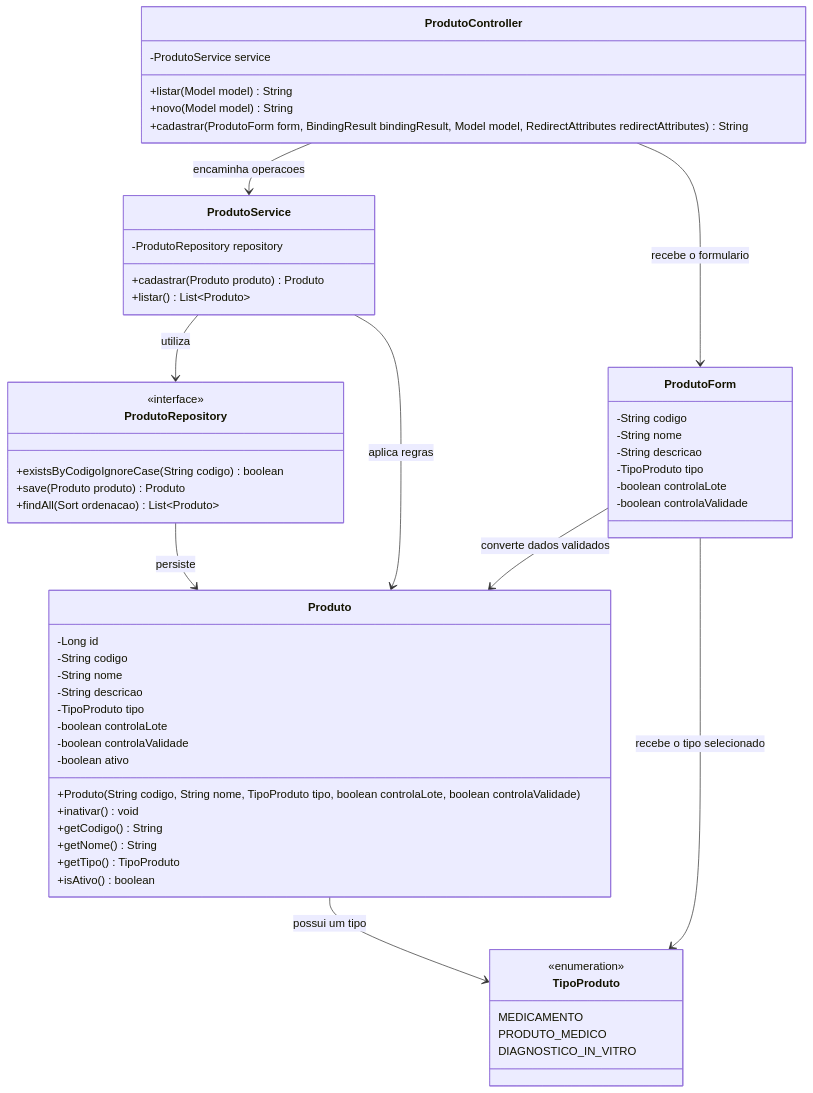
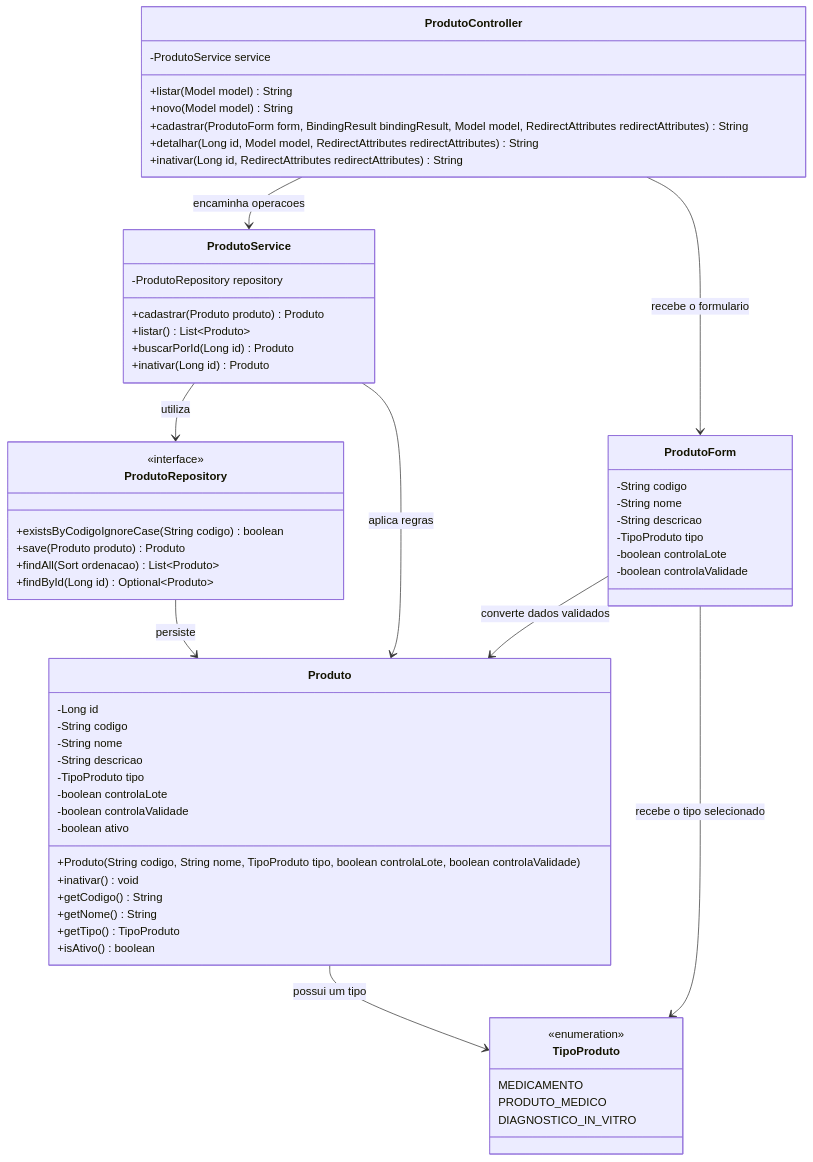
The first of 4 diagrams in docs/requisitos/02-diagramas-produtos.md (VictorBlesser/sistema-rastreabilidade), drawn with Mermaid before and after one commit. The commit also changed other lines of this file and 12 other files, not shown here.

````diff
--- a/docs/requisitos/02-diagramas-produtos.md
+++ b/docs/requisitos/02-diagramas-produtos.md
@@ -39,64 +34,69 @@
 ```mermaid
 classDiagram
     class TipoProduto {
         <<enumeration>>
         MEDICAMENTO
         PRODUTO_MEDICO
         DIAGNOSTICO_IN_VITRO
     }
 
     class Produto {
         -Long id
         -String codigo
         -String nome
         -String descricao
         -TipoProduto tipo
         -boolean controlaLote
         -boolean controlaValidade
         -boolean ativo
         +Produto(String codigo, String nome, TipoProduto tipo, boolean controlaLote, boolean controlaValidade)
         +inativar() void
         +getCodigo() String
         +getNome() String
         +getTipo() TipoProduto
         +isAtivo() boolean
     }
 
     class ProdutoRepository {
         <<interface>>
         +existsByCodigoIgnoreCase(String codigo) boolean
         +save(Produto produto) Produto
         +findAll(Sort ordenacao) List~Produto~
+        +findById(Long id) Optional~Produto~
     }
 
     class ProdutoService {
         -ProdutoRepository repository
         +cadastrar(Produto produto) Produto
         +listar() List~Produto~
+        +buscarPorId(Long id) Produto
+        +inativar(Long id) Produto
     }
 
     class ProdutoForm {
         -String codigo
         -String nome
         -String descricao
         -TipoProduto tipo
         -boolean controlaLote
         -boolean controlaValidade
     }
 
     class ProdutoController {
         -ProdutoService service
         +listar(Model model) String
         +novo(Model model) String
         +cadastrar(ProdutoForm form, BindingResult bindingResult, Model model, RedirectAttributes redirectAttributes) String
+        +detalhar(Long id, Model model, RedirectAttributes redirectAttributes) String
+        +inativar(Long id, RedirectAttributes redirectAttributes) String
     }
 
     Produto --> TipoProduto : possui um tipo
     ProdutoRepository --> Produto : persiste
     ProdutoService --> ProdutoRepository : utiliza
     ProdutoService --> Produto : aplica regras
     ProdutoForm --> TipoProduto : recebe o tipo selecionado
     ProdutoForm --> Produto : converte dados validados
     ProdutoController --> ProdutoService : encaminha operacoes
     ProdutoController --> ProdutoForm : recebe o formulario
 ```
````
